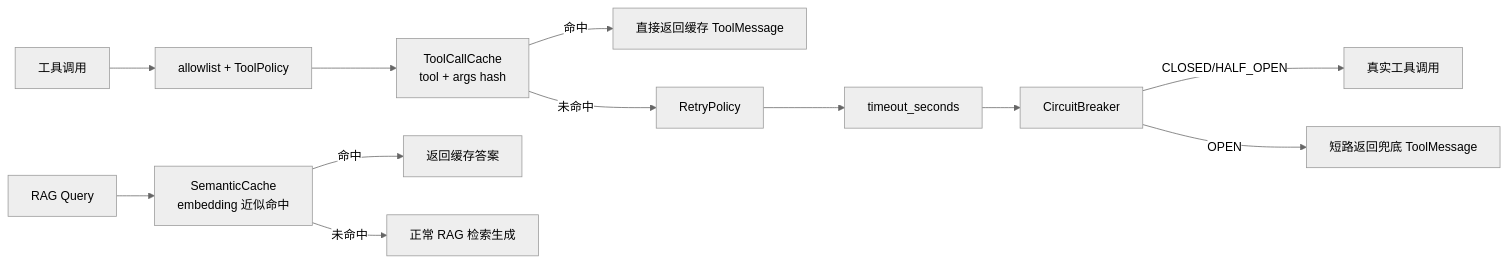
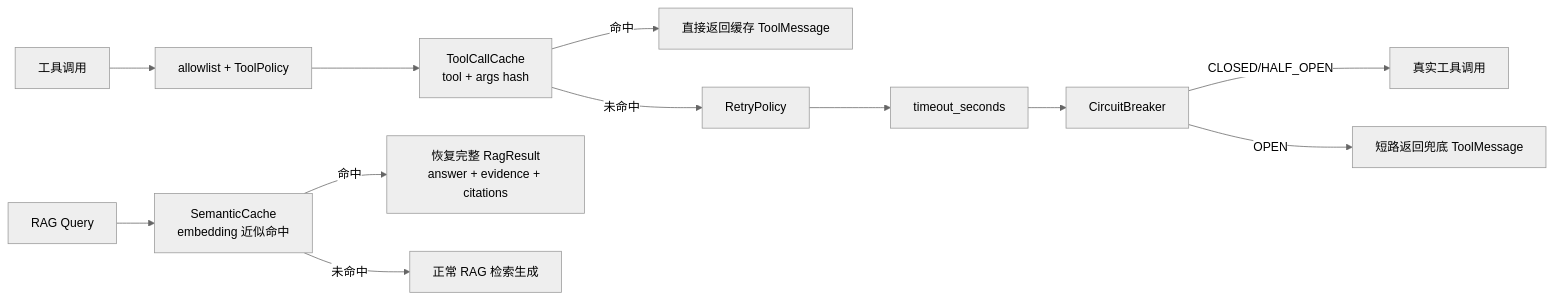
Before and after one commit to sleeping-Zack/agentproject: diagram 15 of 20 in README.md, drawn with Mermaid (neutral theme). The commit also changed other lines of this file and 8 other files, not shown here.

````diff
--- a/README.md
+++ b/README.md
@@ -653,15 +659,15 @@
 ```mermaid
 flowchart LR
     ToolCall["工具调用"] --> Policy["allowlist + ToolPolicy"]
     Policy --> Cache["ToolCallCache\ntool + args hash"]
     Cache -->|命中| Return["直接返回缓存 ToolMessage"]
     Cache -->|未命中| Retry["RetryPolicy"]
     Retry --> Timeout["timeout_seconds"]
     Timeout --> Breaker["CircuitBreaker"]
     Breaker -->|CLOSED/HALF_OPEN| RealCall["真实工具调用"]
     Breaker -->|OPEN| Fallback["短路返回兜底 ToolMessage"]
 
     RAGQuery["RAG Query"] --> Semantic["SemanticCache\nembedding 近似命中"]
-    Semantic -->|命中| CachedAnswer["返回缓存答案"]
+    Semantic -->|命中| CachedAnswer["恢复完整 RagResult\nanswer + evidence + citations"]
     Semantic -->|未命中| RAGFlow["正常 RAG 检索生成"]
 ```
````
